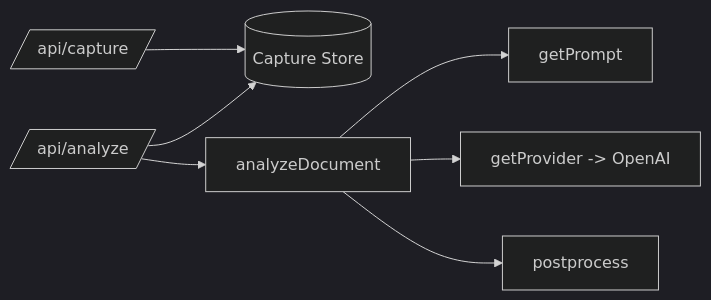
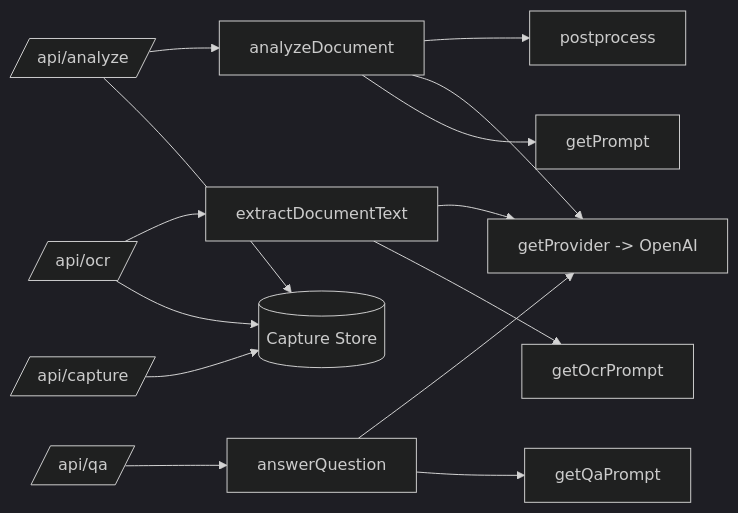
One commit to raferbati-br/entenda-o-documento changed the diagram in docs/architecture/C3.md. Above: the diagram before and after it, drawn with Mermaid (dark theme). The commit also changed other lines of this file and 9 other files, not shown here.

Commit message:
feat(ocr): add dedicated OCR flow and docs

````diff
--- a/docs/architecture/C3.md
+++ b/docs/architecture/C3.md
@@ -15,9 +19,16 @@
 ```mermaid
 flowchart LR
   Capture[/api/capture/] --> Store[(Capture Store)]
+  Ocr[/api/ocr/] --> Store
   Analyze[/api/analyze/] --> Store
+  Qa[/api/qa/] --> QaFlow[answerQuestion]
+  QaFlow --> QaPrompt[getQaPrompt]
+  QaFlow --> Provider
+  Ocr --> OcrFlow[extractDocumentText]
+  OcrFlow --> OcrPrompt[getOcrPrompt]
+  OcrFlow --> Provider
   Analyze --> AnalyzeDoc[analyzeDocument]
   AnalyzeDoc --> Prompt[getPrompt]
   AnalyzeDoc --> Provider[getProvider -> OpenAI]
   AnalyzeDoc --> Postprocess[postprocess]
 ```
````
